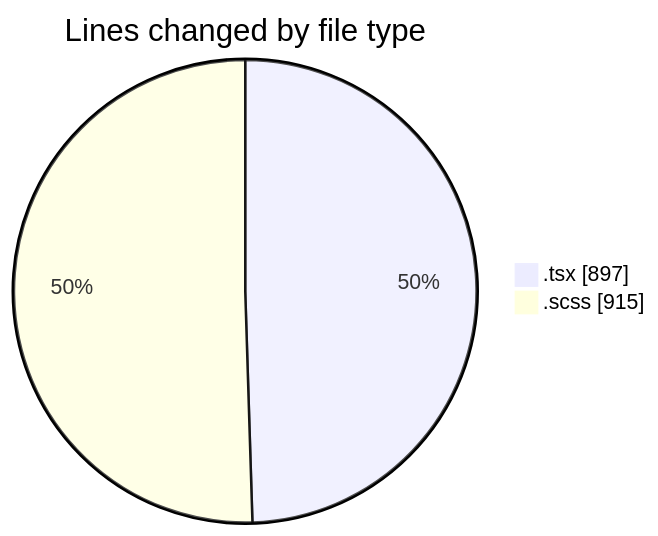
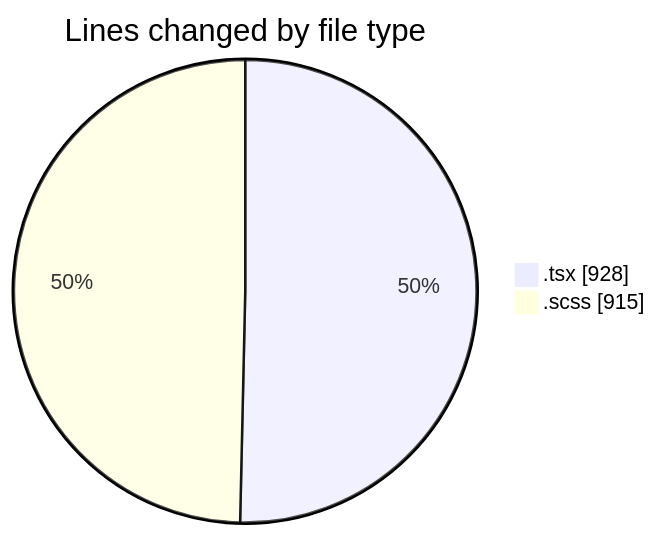
The first of 2 diagrams in 2025-03-27/cda/README.md (momahboobian/code-tracking), drawn with Mermaid before and after one commit. The commit also changed other lines of this file and 1 other file, not shown here.

````diff
--- a/2025-03-27/cda/README.md
+++ b/2025-03-27/cda/README.md
@@ -24,6 +24,6 @@
 ```mermaid
 pie showData
 title Lines changed by file type
-".tsx" : 897
+".tsx" : 928
 ".scss" : 915
 ```
````
